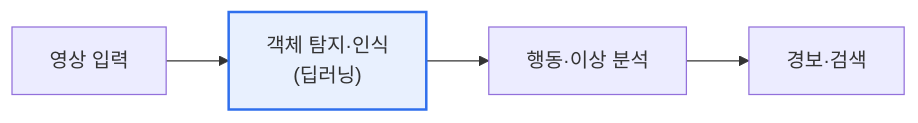
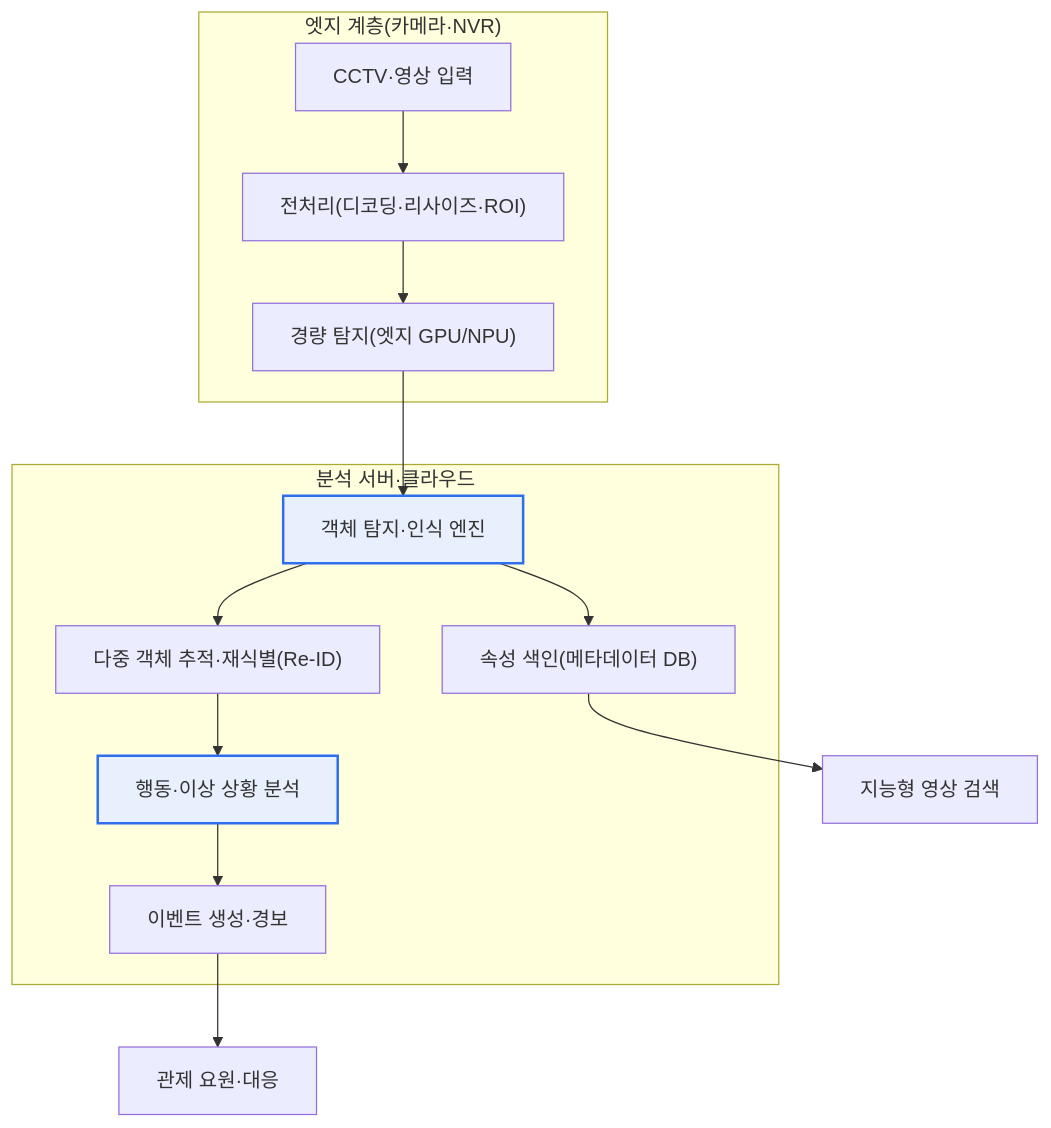
The first of 2 diagrams in content/deepview.md (coninggu/wjdqhrhksflrltnftk), drawn with Mermaid before and after one commit. The commit also changed other lines of this file and 3 other files, not shown here.

````diff
--- a/content/deepview.md
+++ b/content/deepview.md
@@ -15,5 +23,18 @@
 ```mermaid
-flowchart LR
-  V[영상 입력] --> D["객체 탐지·인식<br/>(딥러닝)"] --> A["행동·이상 분석"] --> E[경보·검색]
-  style D fill:#e8f0fe,stroke:#2f6fed,stroke-width:2px
+flowchart TB
+  subgraph EDGE["엣지 계층(카메라·NVR)"]
+    C["CCTV·영상 입력"] --> P["전처리(디코딩·리사이즈·ROI)"]
+    P --> ED["경량 탐지(엣지 GPU/NPU)"]
+  end
+  subgraph CORE["분석 서버·클라우드"]
+    ED --> DET["객체 탐지·인식 엔진"]
+    DET --> TRK["다중 객체 추적·재식별(Re-ID)"]
+    TRK --> BEH["행동·이상 상황 분석"]
+    BEH --> EVT["이벤트 생성·경보"]
+    DET --> IDX["속성 색인(메타데이터 DB)"]
+  end
+  EVT --> OP["관제 요원·대응"]
+  IDX --> SRCH["지능형 영상 검색"]
+  style DET fill:#e8f0fe,stroke:#2f6fed,stroke-width:2px
+  style BEH fill:#e8f0fe,stroke:#2f6fed,stroke-width:2px
 ```
````
